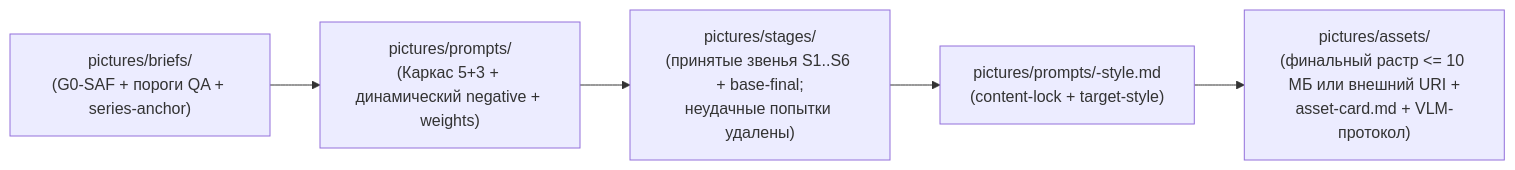
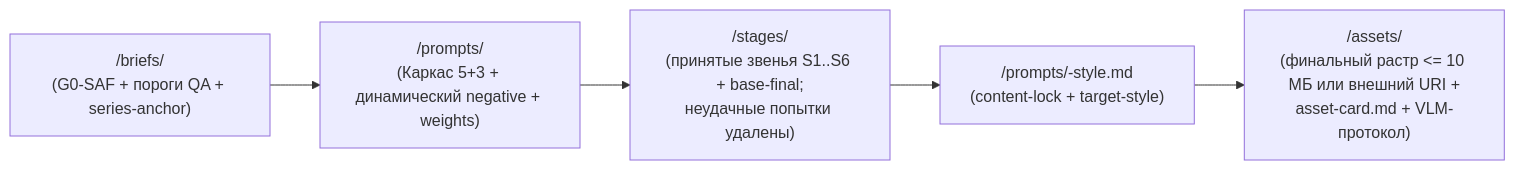
One commit to Multfinite/HYAI changed the diagram in HYAI/meta/architecture/picture.md. Above: the diagram before and after it, drawn with Mermaid. The commit also changed other lines of this file and 50 other files, not shown here.

Commit message:
Relocate picture data root into domain and isolate submodule paths

````diff
--- a/HYAI/meta/architecture/picture.md
+++ b/HYAI/meta/architecture/picture.md
@@ -36,7 +48,7 @@
 ```mermaid
 flowchart LR
-    B["pictures/briefs/\n(G0-SAF + пороги QA + series-anchor)"] --> P["pictures/prompts/\n(Каркас 5+3 + динамический negative + weights)"]
-    P --> S["pictures/stages/\n(принятые звенья S1..S6 + base-final;\nнеудачные попытки удалены)"]
-    S --> SF["pictures/prompts/<slug>-style.md\n(content-lock + target-style)"]
-    SF --> A["pictures/assets/\n(финальный растр <= 10 МБ или внешний URI +\nasset-card.md + VLM-протокол)"]
+    B["<picture_root>/briefs/\n(G0-SAF + пороги QA + series-anchor)"] --> P["<picture_root>/prompts/\n(Каркас 5+3 + динамический negative + weights)"]
+    P --> S["<picture_root>/stages/\n(принятые звенья S1..S6 + base-final;\nнеудачные попытки удалены)"]
+    S --> SF["<picture_root>/prompts/<slug>-style.md\n(content-lock + target-style)"]
+    SF --> A["<picture_root>/assets/\n(финальный растр <= 10 МБ или внешний URI +\nasset-card.md + VLM-протокол)"]
 ```
````
